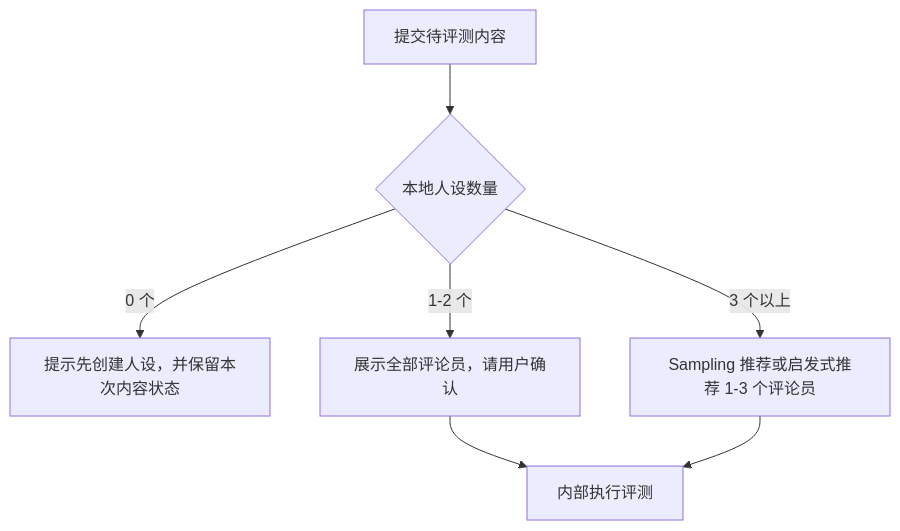
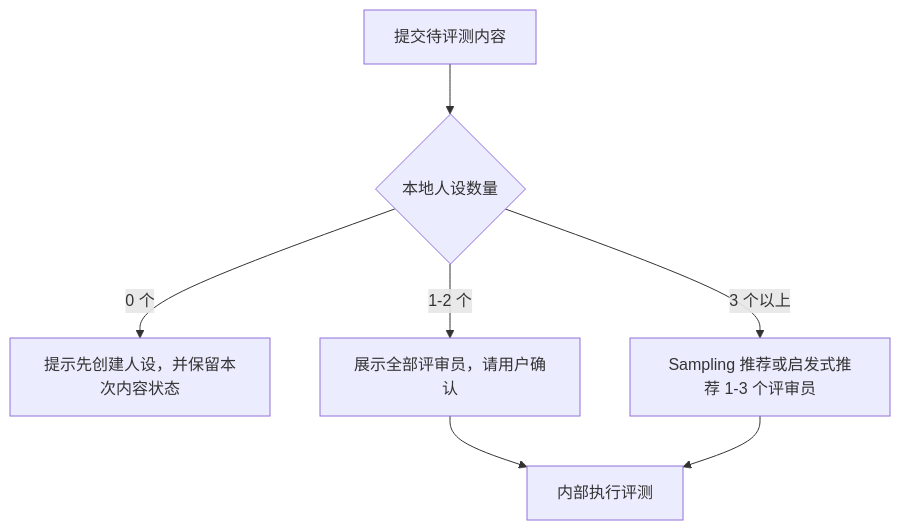
The first of 3 diagrams in docs/README.zh.md (ChurzeXo/kevlar-4u), drawn with Mermaid before and after one commit. The commit also changed other lines of this file and 23 other files, not shown here.

````diff
--- a/docs/README.zh.md
+++ b/docs/README.zh.md
@@ -109,9 +109,9 @@
 ```mermaid
 flowchart TD
   A["提交待评测内容"] --> B{"本地人设数量"}
   B -->|0 个| C["提示先创建人设，并保留本次内容状态"]
-  B -->|1-2 个| D["展示全部评论员，请用户确认"]
-  B -->|3 个以上| E["Sampling 推荐或启发式推荐 1-3 个评论员"]
+  B -->|1-2 个| D["展示全部评审员，请用户确认"]
+  B -->|3 个以上| E["Sampling 推荐或启发式推荐 1-3 个评审员"]
   D --> F["内部执行评测"]
   E --> F
 ```
````
